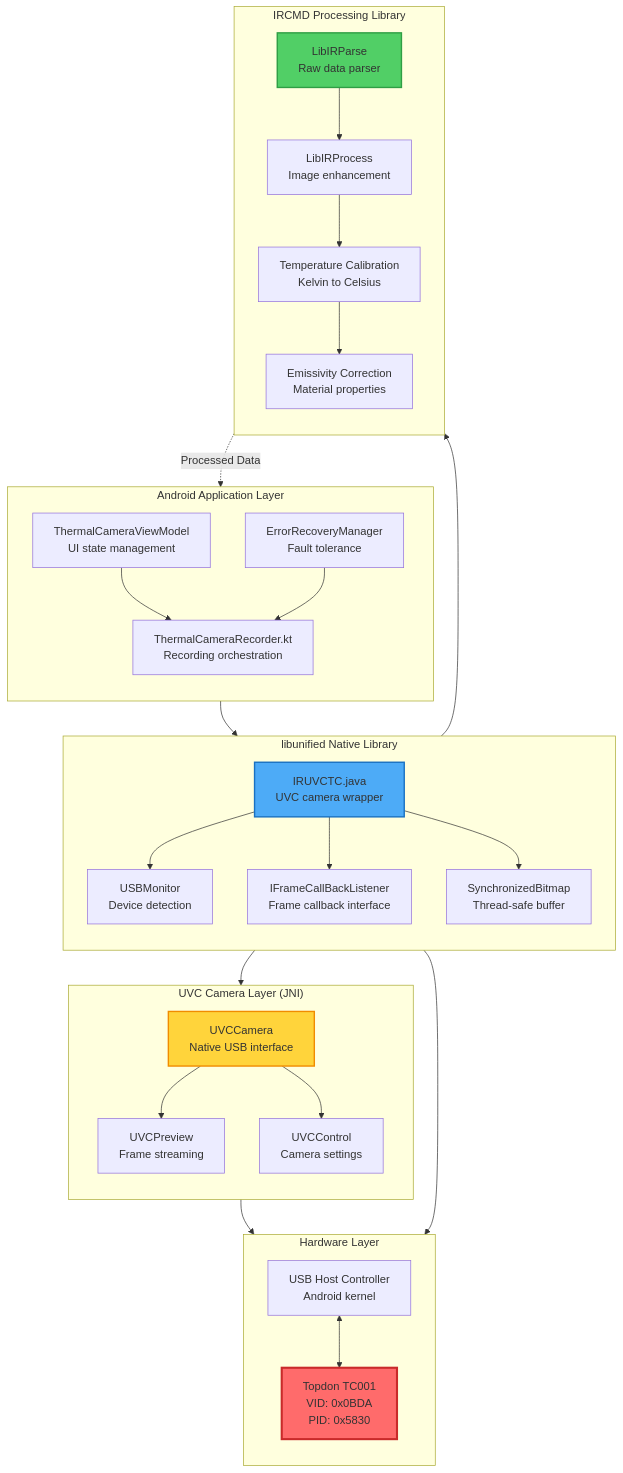
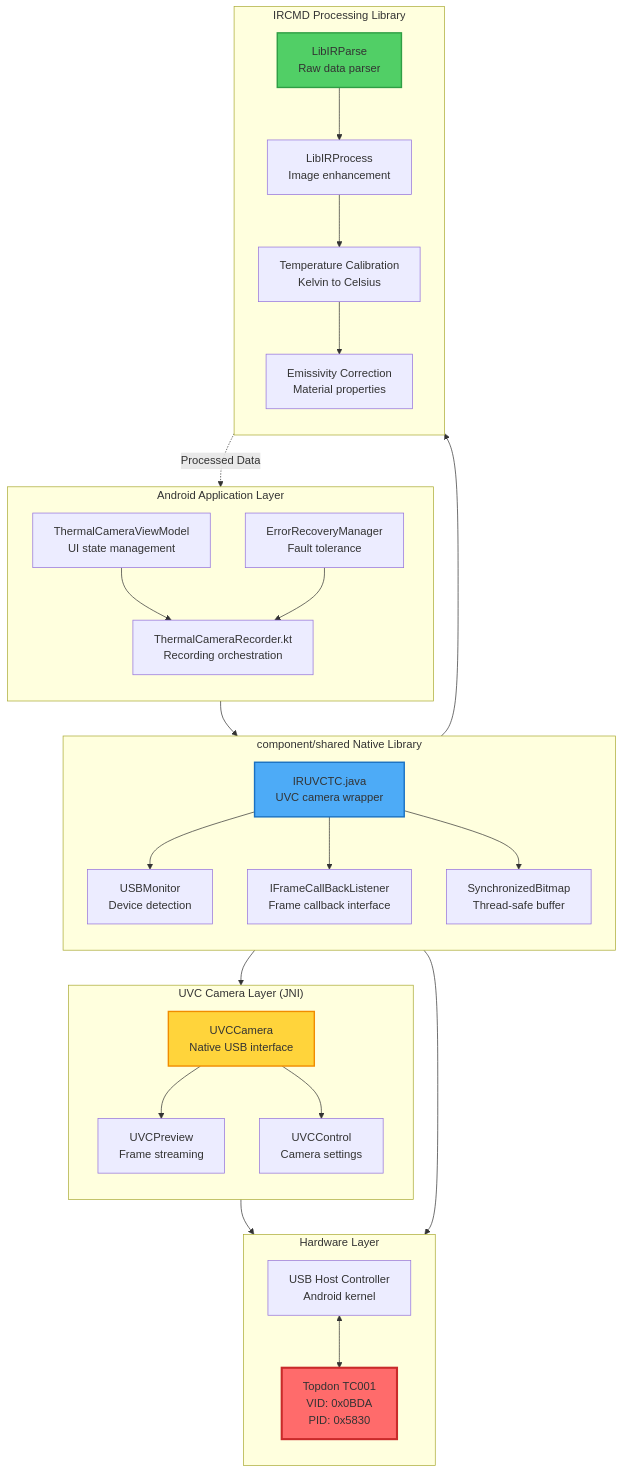
Before and after one commit to uclgsr/IRCamera: the seventh of 17 diagrams in docs/thesis/diagrams/chapter4-implementation.md, drawn with Mermaid. The commit also changed other lines of this file and 2735 other files, not shown here.

First line of the commit message:
Refactor libunified to component/shared module

````diff
--- a/docs/thesis/diagrams/chapter4-implementation.md
+++ b/docs/thesis/diagrams/chapter4-implementation.md
@@ -1050,66 +1050,66 @@
 ```mermaid
 graph TB
     subgraph Android["Android Application Layer"]
         direction TB
         ThermalRecorder[ThermalCameraRecorder.kt<br/>Recording orchestration]
         ThermalVM[ThermalCameraViewModel<br/>UI state management]
         ErrorRecovery[ErrorRecoveryManager<br/>Fault tolerance]
     end
     
-    subgraph LibUnified["libunified Native Library"]
+    subgraph ComponentShared["component/shared Native Library"]
         direction TB
         IRUVCTC[IRUVCTC.java<br/>UVC camera wrapper]
         USBMonitor[USBMonitor<br/>Device detection]
         IFrameCallback[IFrameCallBackListener<br/>Frame callback interface]
         SyncBitmap[SynchronizedBitmap<br/>Thread-safe buffer]
     end
     
     subgraph IRCMD["IRCMD Processing Library"]
         direction TB
         LibIRParse[LibIRParse<br/>Raw data parser]
         LibIRProcess[LibIRProcess<br/>Image enhancement]
         TempCalibration[Temperature Calibration<br/>Kelvin to Celsius]
         EmissivityCorrection[Emissivity Correction<br/>Material properties]
     end
     
     subgraph UVC["UVC Camera Layer (JNI)"]
         direction TB
         UVCCamera[UVCCamera<br/>Native USB interface]
         UVCPreview[UVCPreview<br/>Frame streaming]
         UVCControl[UVCControl<br/>Camera settings]
     end
     
     subgraph Hardware["Hardware Layer"]
         direction TB
         USBHost[USB Host Controller<br/>Android kernel]
         TC001[Topdon TC001<br/>VID: 0x0BDA<br/>PID: 0x5830]
     end
     
     ThermalRecorder --> IRUVCTC
     ThermalVM --> ThermalRecorder
     ErrorRecovery --> ThermalRecorder
     
     IRUVCTC --> USBMonitor
     IRUVCTC --> IFrameCallback
     IRUVCTC --> SyncBitmap
     IRUVCTC --> UVCCamera
     
     IFrameCallback --> LibIRParse
     LibIRParse --> LibIRProcess
     LibIRProcess --> TempCalibration
     TempCalibration --> EmissivityCorrection
     
     UVCCamera --> UVCPreview
     UVCCamera --> UVCControl
     UVCPreview --> USBHost
     
     USBMonitor --> USBHost
     USBHost <--> TC001
     
     EmissivityCorrection -.Processed Data.-> ThermalRecorder
     
     style TC001 fill:#ff6b6b,stroke:#c92a2a,stroke-width:3px
     style IRUVCTC fill:#4dabf7,stroke:#1971c2,stroke-width:2px
     style LibIRParse fill:#51cf66,stroke:#2f9e44,stroke-width:2px
     style UVCCamera fill:#ffd43b,stroke:#f08c00,stroke-width:2px
 ```
````
